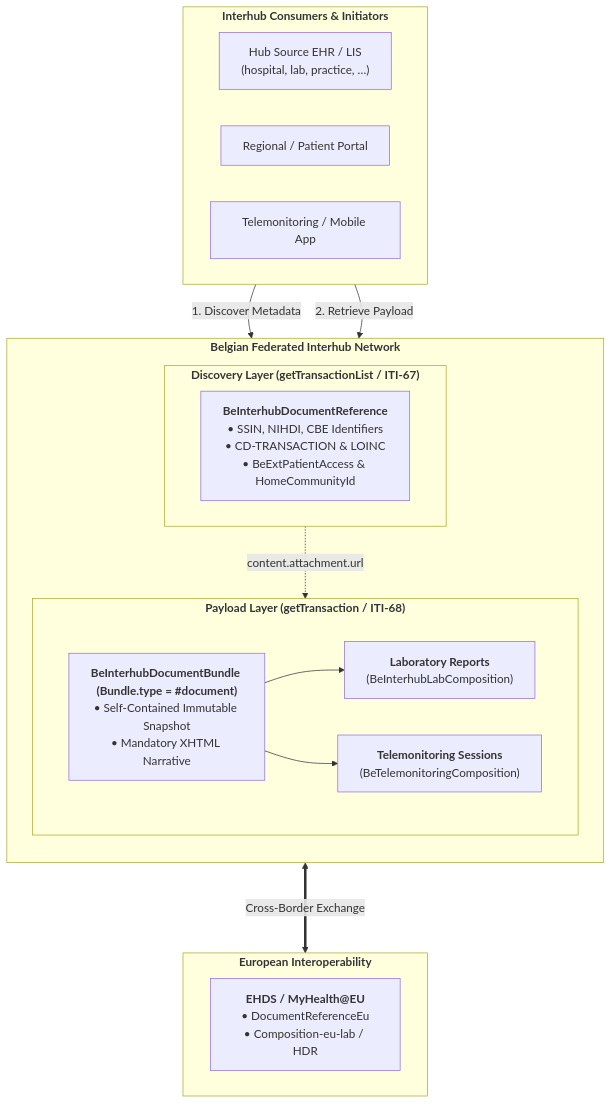
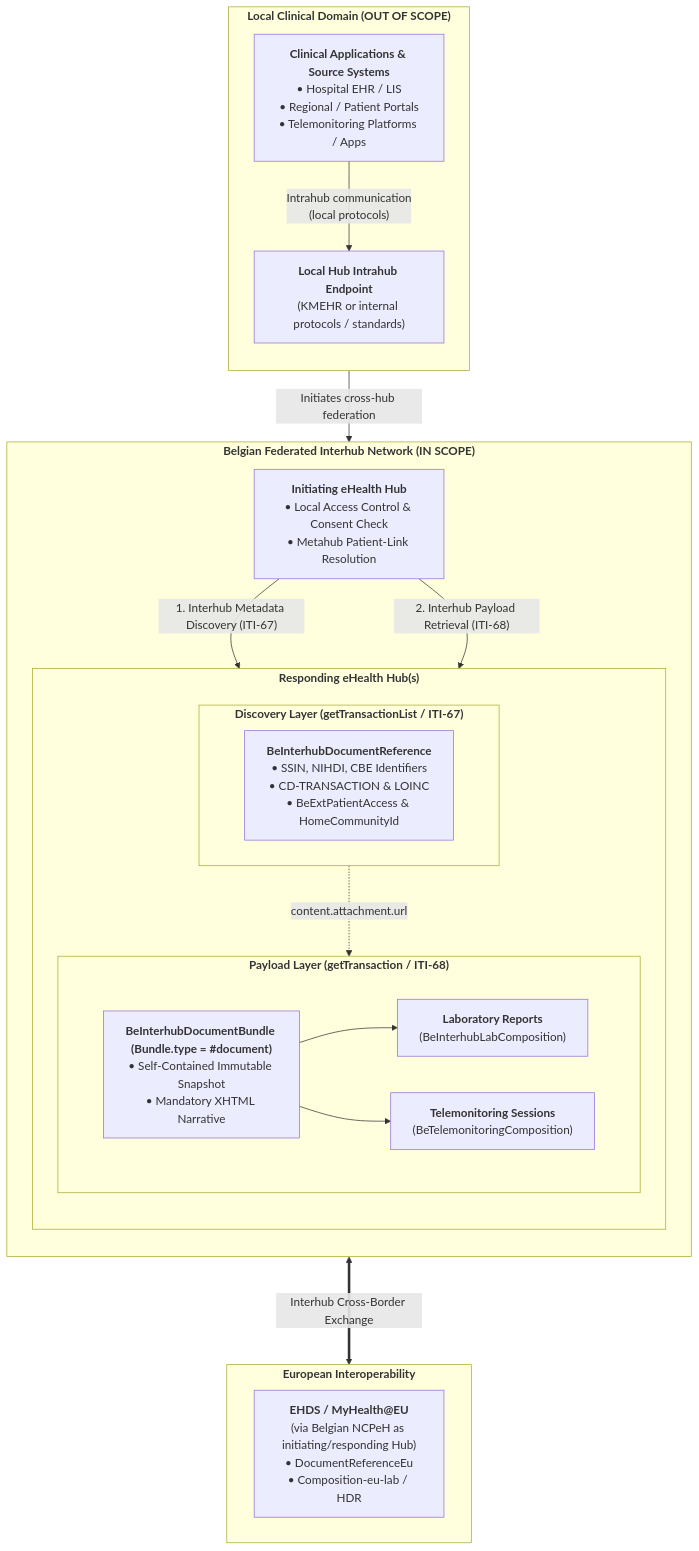
The first of 2 diagrams in input/pagecontent/index.md (Jens-uzl/hubsharing), drawn with Mermaid before and after one commit. The commit also changed other lines of this file and 13 other files, not shown here.

Commit message:
Interhub spec FHIR spec, draft 10; replaced all instances of GET / with POST (and adapted it to the fhir transaction method)

````diff
--- a/input/pagecontent/index.md
+++ b/input/pagecontent/index.md
@@ -15,33 +19,41 @@
 ```mermaid
 flowchart TD
-    subgraph Clients["<b>Interhub Consumers & Initiators</b>"]
-        EHR["Hub Source EHR / LIS<br/>(hospital, lab, practice, …)"]
-        Portal["Regional / Patient Portal"]
-        Mobile["Telemonitoring / Mobile App"]
+    subgraph OutOfScope["<b>Local Clinical Domain (OUT OF SCOPE)</b>"]
+        direction TB
+        Apps["<b>Clinical Applications & Source Systems</b><br/>• Hospital EHR / LIS<br/>• Regional / Patient Portals<br/>• Telemonitoring Platforms / Apps"]
+        IntraEP["<b>Local Hub Intrahub Endpoint</b><br/>(KMEHR or internal protocols / standards)"]
+        Apps -->|"Intrahub communication<br/>(local protocols)"| IntraEP
     end
 
-    subgraph HubNetwork["<b>Belgian Federated Interhub Network</b>"]
+    subgraph InScope["<b>Belgian Federated Interhub Network (IN SCOPE)</b>"]
         direction TB
-        subgraph Discovery["<b>Discovery Layer (getTransactionList / ITI-67)</b>"]
-            DocRef["<b>BeInterhubDocumentReference</b><br/>• SSIN, NIHDI, CBE Identifiers<br/>• CD-TRANSACTION & LOINC<br/>• BeExtPatientAccess & HomeCommunityId"]
+        InitHub["<b>Initiating eHealth Hub</b><br/>• Local Access Control & Consent Check<br/>• Metahub Patient-Link Resolution"]
+
+        subgraph RespondingHub["<b>Responding eHealth Hub(s)</b>"]
+            direction TB
+            subgraph Discovery["<b>Discovery Layer (getTransactionList / ITI-67)</b>"]
+                DocRef["<b>BeInterhubDocumentReference</b><br/>• SSIN, NIHDI, CBE Identifiers<br/>• CD-TRANSACTION & LOINC<br/>• BeExtPatientAccess & HomeCommunityId"]
+            end
+
+            subgraph Payload["<b>Payload Layer (getTransaction / ITI-68)</b>"]
+                Bundle["<b>BeInterhubDocumentBundle (Bundle.type = #document)</b><br/>• Self-Contained Immutable Snapshot<br/>• Mandatory XHTML Narrative"]
+                Lab["<b>Laboratory Reports</b><br/>(BeInterhubLabComposition)"]
+                TM["<b>Telemonitoring Sessions</b><br/>(BeTelemonitoringComposition)"]
+                Bundle --> Lab
+                Bundle --> TM
+            end
+
+            Discovery -.->|"content.attachment.url"| Payload
         end
 
-        subgraph Payload["<b>Payload Layer (getTransaction / ITI-68)</b>"]
-            Bundle["<b>BeInterhubDocumentBundle (Bundle.type = #document)</b><br/>• Self-Contained Immutable Snapshot<br/>• Mandatory XHTML Narrative"]
-            Lab["<b>Laboratory Reports</b><br/>(BeInterhubLabComposition)"]
-            TM["<b>Telemonitoring Sessions</b><br/>(BeTelemonitoringComposition)"]
-            Bundle --> Lab
-            Bundle --> TM
-        end
-
-        Discovery -.->|"content.attachment.url"| Payload
+        InitHub -->|"1. Interhub Metadata Discovery (ITI-67)"| Discovery
+        InitHub -->|"2. Interhub Payload Retrieval (ITI-68)"| Payload
     end
 
     subgraph CrossBorder["<b>European Interoperability</b>"]
-        EHDS["<b>EHDS / MyHealth@EU</b><br/>• DocumentReferenceEu<br/>• Composition-eu-lab / HDR"]
+        EHDS["<b>EHDS / MyHealth@EU</b><br/>(via Belgian NCPeH as initiating/responding Hub)<br/>• DocumentReferenceEu<br/>• Composition-eu-lab / HDR"]
     end
 
-    Clients -->|"1. Discover Metadata"| Discovery
-    Clients -->|"2. Retrieve Payload"| Payload
-    HubNetwork <===>|"Cross-Border Exchange"| CrossBorder
+    IntraEP -->|"Initiates cross-hub federation"| InitHub
+    InScope <===>|"Interhub Cross-Border Exchange"| CrossBorder
 ```
````
